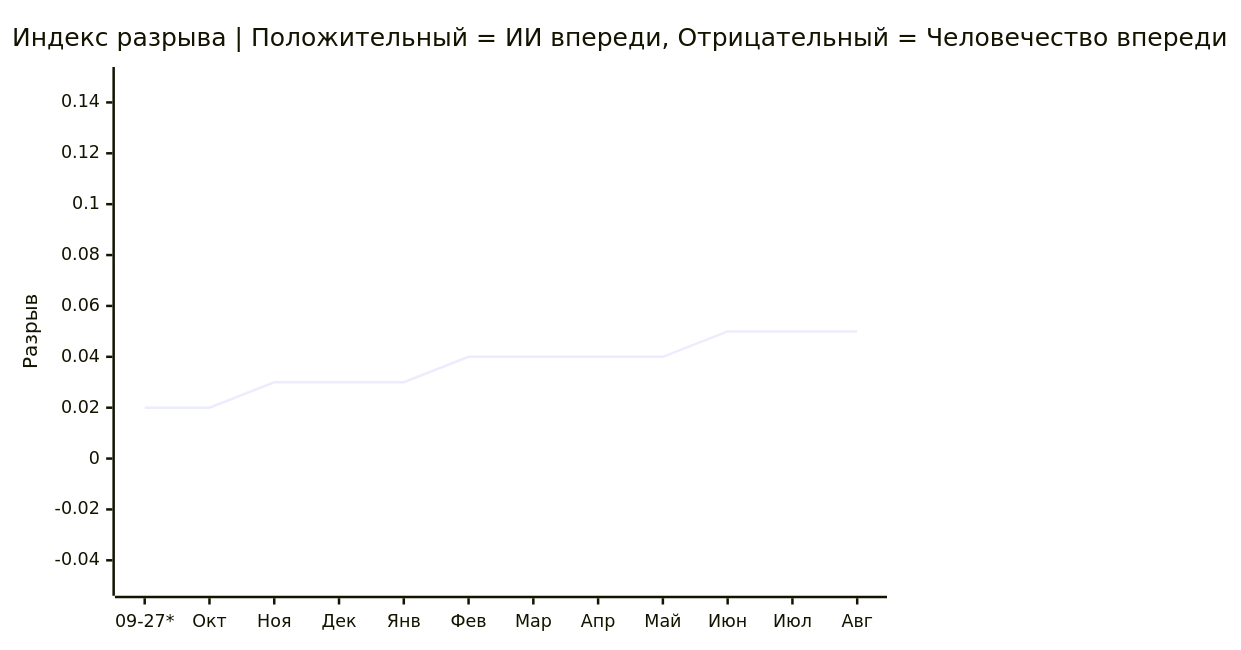
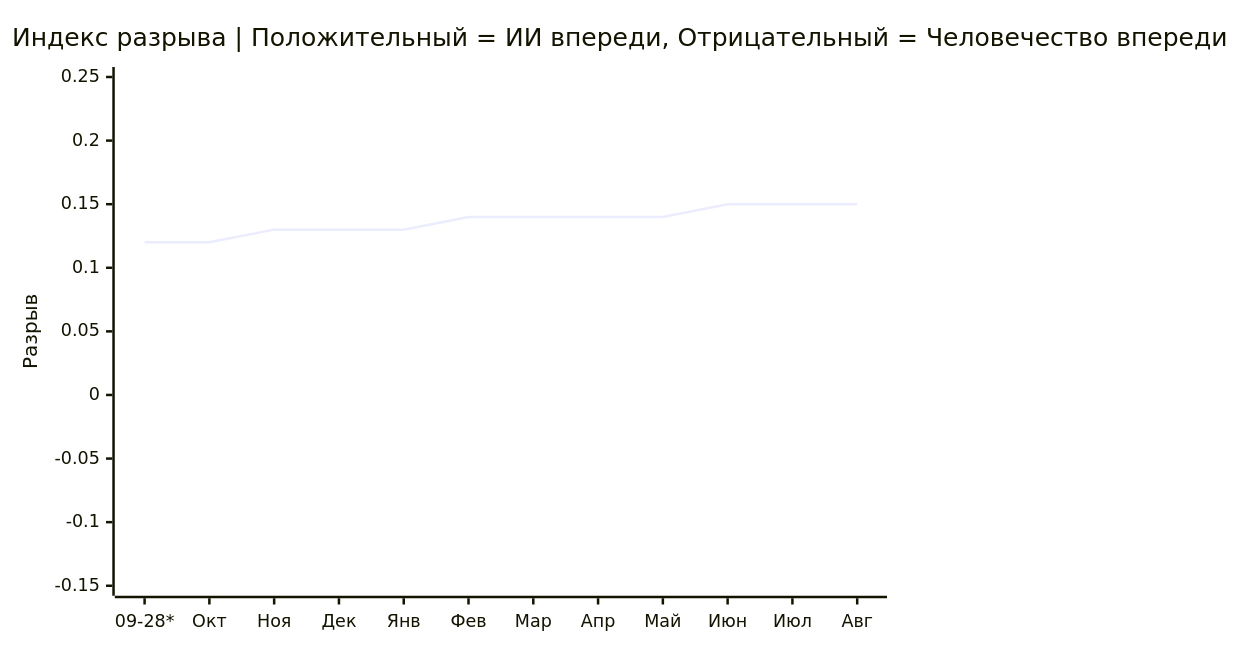
Before and after one commit to VQQLK/Human-AI-Monitor: the second of 2 diagrams in README.ru.md, drawn with Mermaid. The commit also changed other lines of this file and 2 other files, not shown here.

````diff
--- a/README.ru.md
+++ b/README.ru.md
@@ -42,7 +43,7 @@
 ```mermaid
 xychart-beta
     title "Индекс разрыва | Положительный = ИИ впереди, Отрицательный = Человечество впереди"
-    x-axis ["09-27*", "Окт", "Ноя", "Дек", "Янв", "Фев", "Мар", "Апр", "Май", "Июн", "Июл", "Авг"]
-    y-axis "Разрыв" -0.05 --> 0.15
-    line [0.02, 0.02, 0.03, 0.03, 0.03, 0.04, 0.04, 0.04, 0.04, 0.05, 0.05, 0.05]
+    x-axis ["09-28*", "Окт", "Ноя", "Дек", "Янв", "Фев", "Мар", "Апр", "Май", "Июн", "Июл", "Авг"]
+    y-axis "Разрыв" -0.15 --> 0.25
+    line [0.12, 0.12, 0.13, 0.13, 0.13, 0.14, 0.14, 0.14, 0.14, 0.15, 0.15, 0.15]
 ```
````
